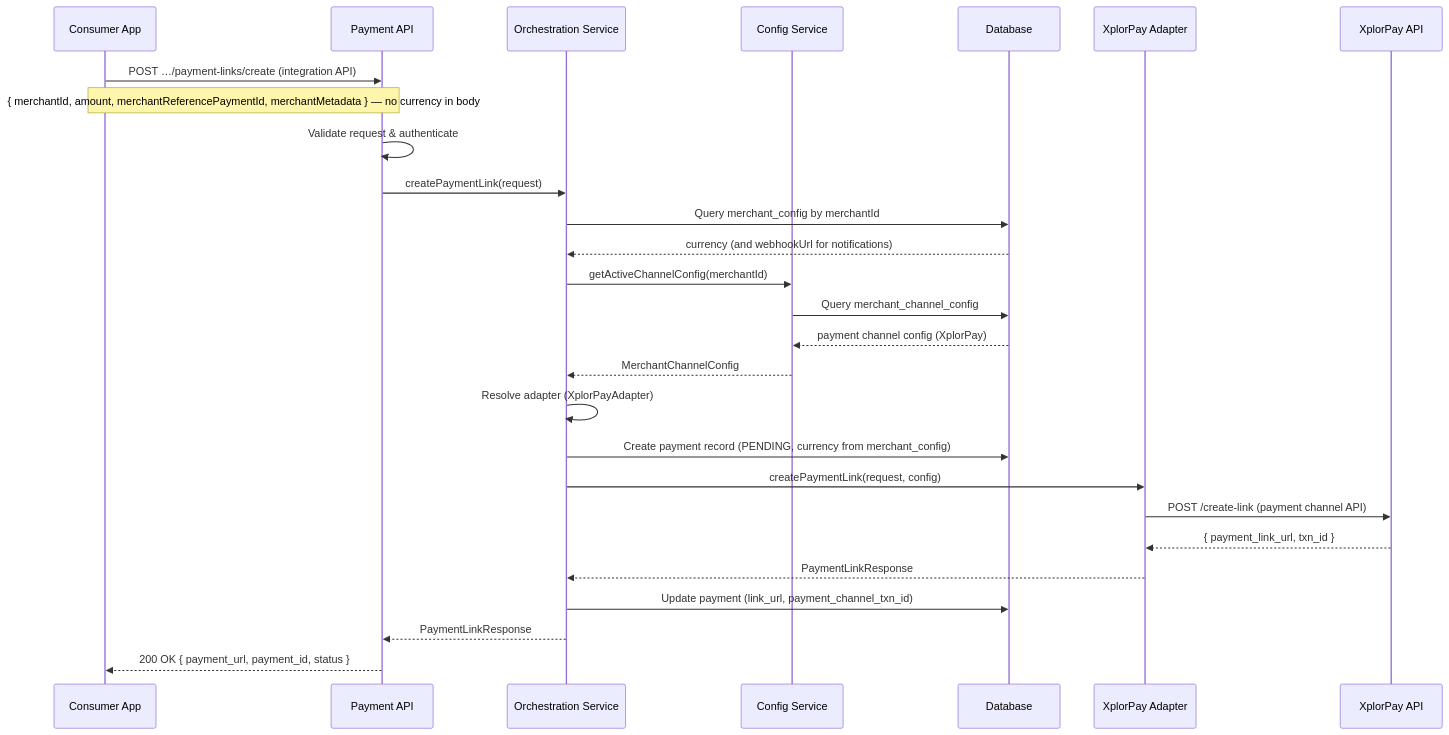
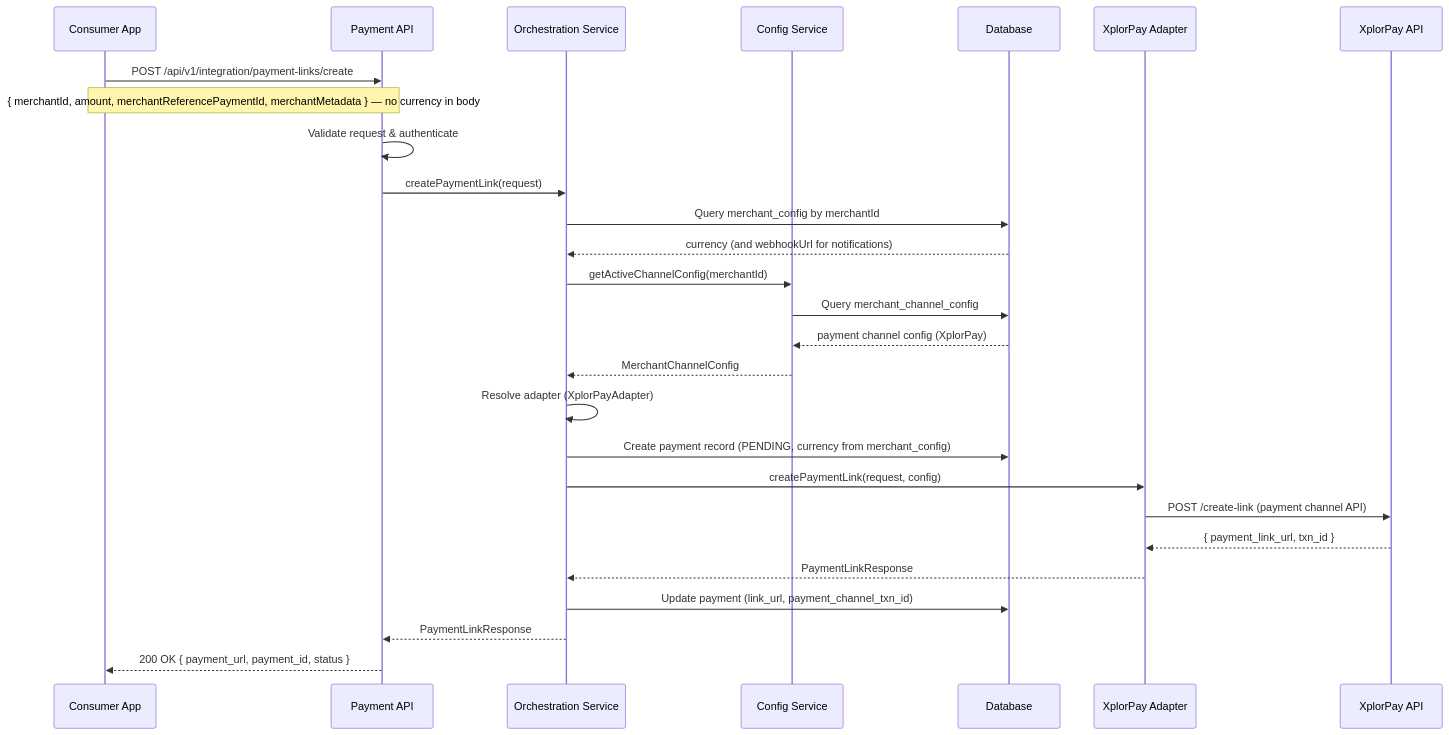
Before and after one commit to runalb/digi-payment-gateway: the first of 2 diagrams in docs/ARCHITECTURE.md, drawn with Mermaid. The commit also changed other lines of this file and 4 other files, not shown here.

````diff
--- a/docs/ARCHITECTURE.md
+++ b/docs/ARCHITECTURE.md
@@ -478,37 +492,37 @@
 ```mermaid
 sequenceDiagram
     participant Consumer as Consumer App
     participant API as Payment API
     participant Orch as Orchestration Service
     participant Config as Config Service
     participant DB as Database
     participant Adapter as XplorPay Adapter
     participant XplorPay as XplorPay API
 
-    Consumer->>API: POST …/payment-links/create (integration API)
+    Consumer->>API: POST /api/v1/integration/payment-links/create
     Note over Consumer,API: { merchantId, amount, merchantReferencePaymentId, merchantMetadata } — no currency in body
 
     API->>API: Validate request & authenticate
     API->>Orch: createPaymentLink(request)
 
     Orch->>DB: Query merchant_config by merchantId
     DB-->>Orch: currency (and webhookUrl for notifications)
 
     Orch->>Config: getActiveChannelConfig(merchantId)
     Config->>DB: Query merchant_channel_config
     DB-->>Config: payment channel config (XplorPay)
     Config-->>Orch: MerchantChannelConfig
 
     Orch->>Orch: Resolve adapter (XplorPayAdapter)
     Orch->>DB: Create payment record (PENDING, currency from merchant_config)
     Orch->>Adapter: createPaymentLink(request, config)
 
     Adapter->>XplorPay: POST /create-link (payment channel API)
     XplorPay-->>Adapter: { payment_link_url, txn_id }
 
     Adapter-->>Orch: PaymentLinkResponse
 
     Orch->>DB: Update payment (link_url, payment_channel_txn_id)
     Orch-->>API: PaymentLinkResponse
     API-->>Consumer: 200 OK { payment_url, payment_id, status }
 ```
````
